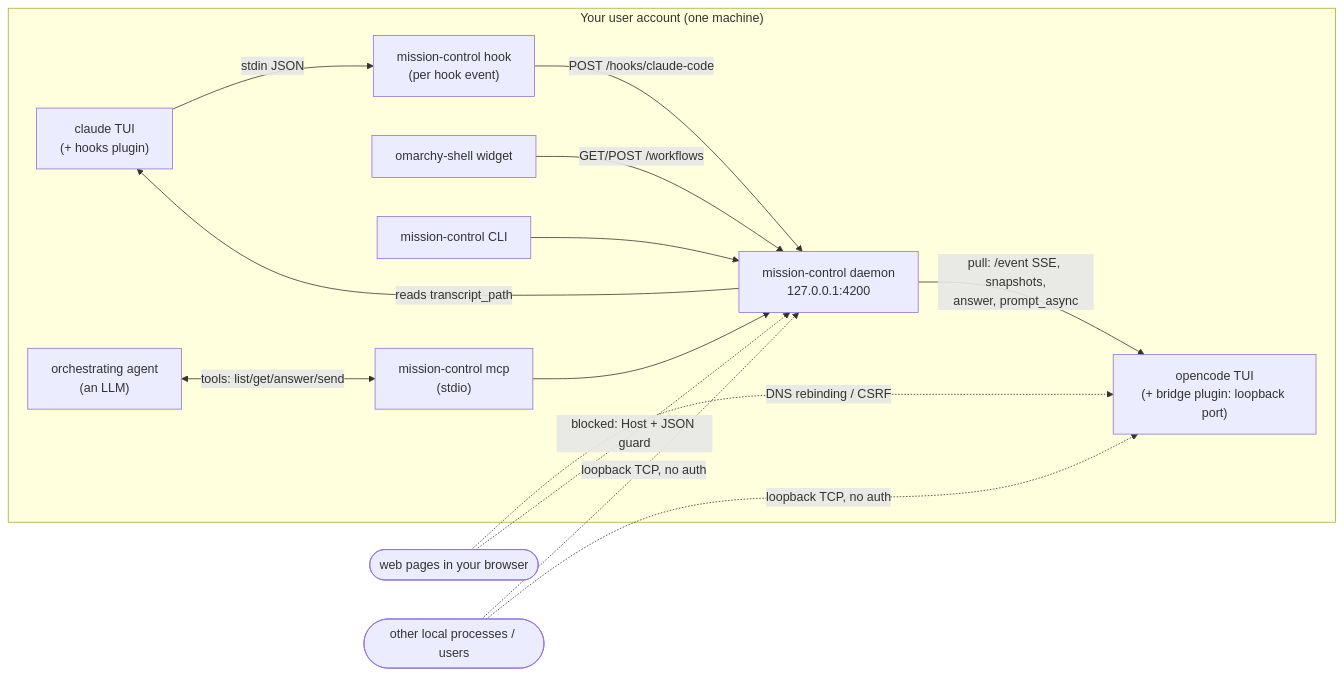
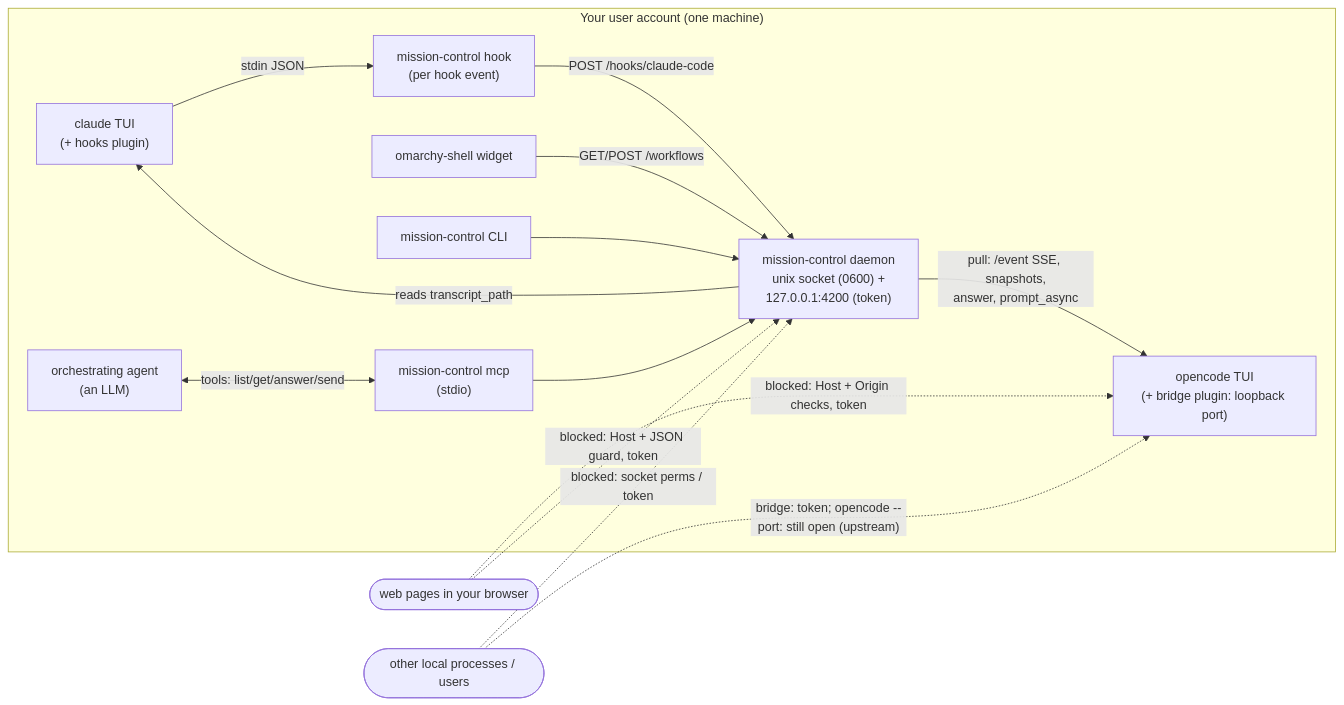
The diagram in docs/threat-model.md (rgolangh/agent-mission-control), drawn with Mermaid before and after one commit. The commit also changed other lines of this file and 19 other files, not shown here.

````diff
--- a/docs/threat-model.md
+++ b/docs/threat-model.md
@@ -12,26 +22,26 @@
 ```mermaid
 flowchart LR
   subgraph user["Your user account (one machine)"]
     OC["opencode TUI<br/>(+ bridge plugin: loopback port)"]
     CC["claude TUI<br/>(+ hooks plugin)"]
     HK["mission-control hook<br/>(per hook event)"]
-    D["mission-control daemon<br/>127.0.0.1:4200"]
+    D["mission-control daemon<br/>unix socket (0600) +<br/>127.0.0.1:4200 (token)"]
     W["omarchy-shell widget"]
     CLI["mission-control CLI"]
     MCP["mission-control mcp<br/>(stdio)"]
     ORC["orchestrating agent<br/>(an LLM)"]
   end
   WEB(["web pages in your browser"])
   OTH(["other local processes / users"])
 
   D -- "pull: /event SSE, snapshots,<br/>answer, prompt_async" --> OC
   CC -- "stdin JSON" --> HK -- "POST /hooks/claude-code" --> D
   D -- "reads transcript_path" --> CC
   W -- "GET/POST /workflows" --> D
   CLI --> D
   ORC <-- "tools: list/get/answer/send" --> MCP --> D
-  WEB -. "DNS rebinding / CSRF" .-> OC
-  WEB -. "blocked: Host + JSON guard" .-> D
-  OTH -. "loopback TCP, no auth" .-> D
-  OTH -. "loopback TCP, no auth" .-> OC
+  WEB -. "blocked: Host + Origin checks, token" .-> OC
+  WEB -. "blocked: Host + JSON guard, token" .-> D
+  OTH -. "blocked: socket perms / token" .-> D
+  OTH -. "bridge: token; opencode --port: still open (upstream)" .-> OC
 ```
````
